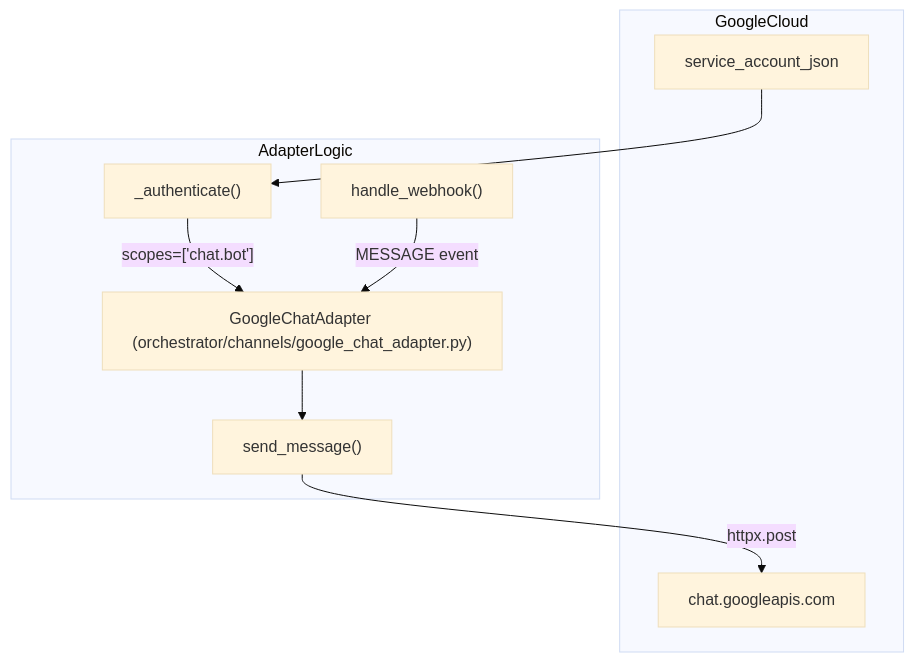
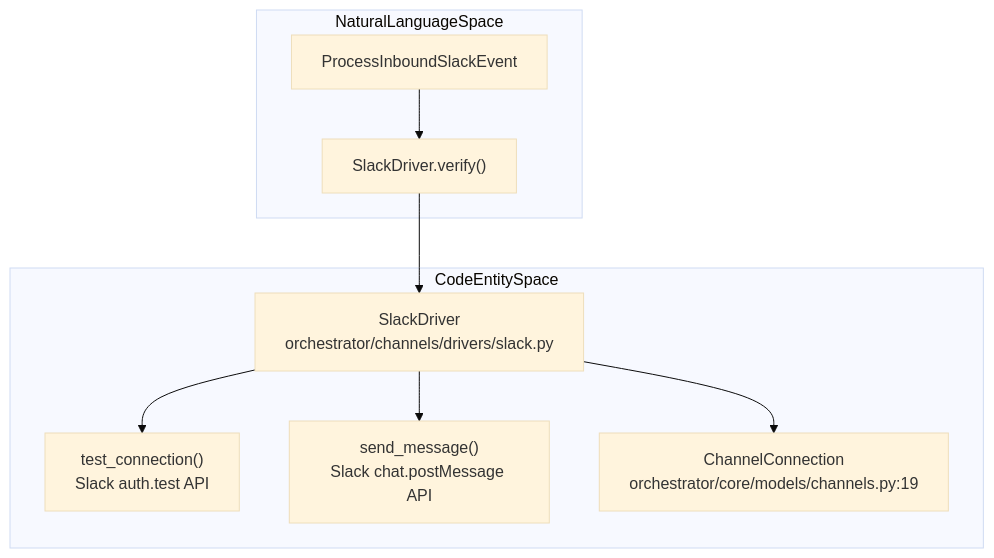
One commit to AutomatosAI/automatos-ai changed the second of 2 diagrams in docs/channel-integrations/platform-adapters.md. Above: the diagram before and after it, drawn with Mermaid (base theme). The commit also changed other lines of this file and 191 other files, not shown here.

````diff
--- a/docs/channel-integrations/platform-adapters.md
+++ b/docs/channel-integrations/platform-adapters.md
@@ -182,20 +104,12 @@
 ```mermaid
 graph TB
-    subgraph "GoogleCloud"
-        SA_JSON["service_account_json"]
-        G_API["chat.googleapis.com"]
+    subgraph "NaturalLanguageSpace"
+        IncomingEvent["ProcessInboundSlackEvent"] --> SlackRoute["SlackDriver.verify()"]
     end
-
-    subgraph "AdapterLogic"
-        GCA["GoogleChatAdapter (orchestrator/channels/google_chat_adapter.py)"]
-        AUTH["_authenticate()"]
-        SEND["send_message()"]
-        WH["handle_webhook()"]
+    subgraph "CodeEntitySpace"
+        SlackRoute --> SlackDriverCls["SlackDriver<br/>orchestrator/channels/drivers/slack.py"]
+        SlackDriverCls --> AuthTest["test_connection()<br/>Slack auth.test API"]
+        SlackDriverCls --> PostMsg["send_message()<br/>Slack chat.postMessage API"]
+        SlackDriverCls --> ConnModel["ChannelConnection<br/>orchestrator/core/models/channels.py:19"]
     end
-
-    SA_JSON --> AUTH
-    AUTH -->|"scopes=['chat.bot']"| GCA
-    WH -->|"MESSAGE event"| GCA
-    GCA --> SEND
-    SEND -->|"httpx.post"| G_API
 ```
````
